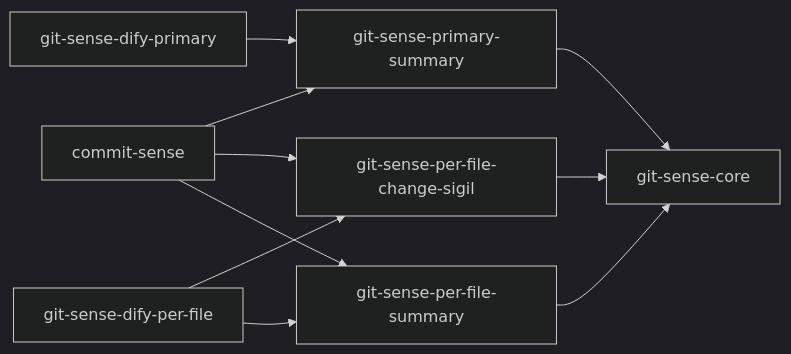
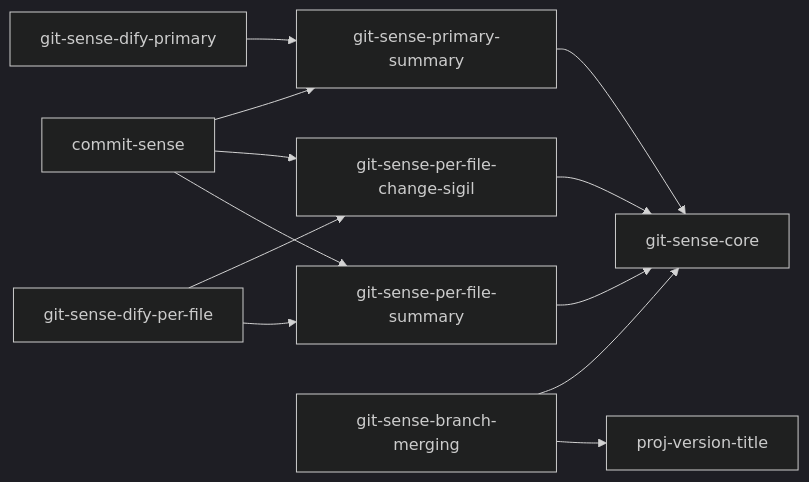
The third of 7 diagrams in docs/blueprint-doc.md (kami-lel/kaye-library), drawn with Mermaid (dark theme) before and after one commit. The commit also changed 2 other files, not shown here.

Commit message:
move merge titles under commit sense; register branch merging leaf
heading renamed Commit Sense, node path follows; internal blueprint
depends on git-sense-core and proj-version-title

📖`blueprint-doc.md` add branch merging blueprint edges
🤖`git.md` rename Commit Sense, add branch merging title section
🟢`git_bp.py` register git-sense-branch-merging, update node path

````diff
--- a/docs/blueprint-doc.md
+++ b/docs/blueprint-doc.md
@@ -76,12 +76,14 @@
 ```mermaid
 flowchart LR
     commit_sense["commit-sense"] --> git_sense_primary_summary["git-sense-primary-summary"]
     commit_sense --> git_sense_per_file_change_sigil["git-sense-per-file-change-sigil"]
     commit_sense --> git_sense_per_file_summary["git-sense-per-file-summary"]
     git_sense_primary_summary --> git_sense_core["git-sense-core"]
     git_sense_per_file_change_sigil --> git_sense_core
     git_sense_per_file_summary --> git_sense_core
+    git_sense_branch_merging["git-sense-branch-merging"] --> git_sense_core
+    git_sense_branch_merging --> proj_version_title["proj-version-title"]
     git_sense_dify_primary["git-sense-dify-primary"] --> git_sense_primary_summary
     git_sense_dify_per_file["git-sense-dify-per-file"] --> git_sense_per_file_change_sigil
     git_sense_dify_per_file --> git_sense_per_file_summary
 ```
````
